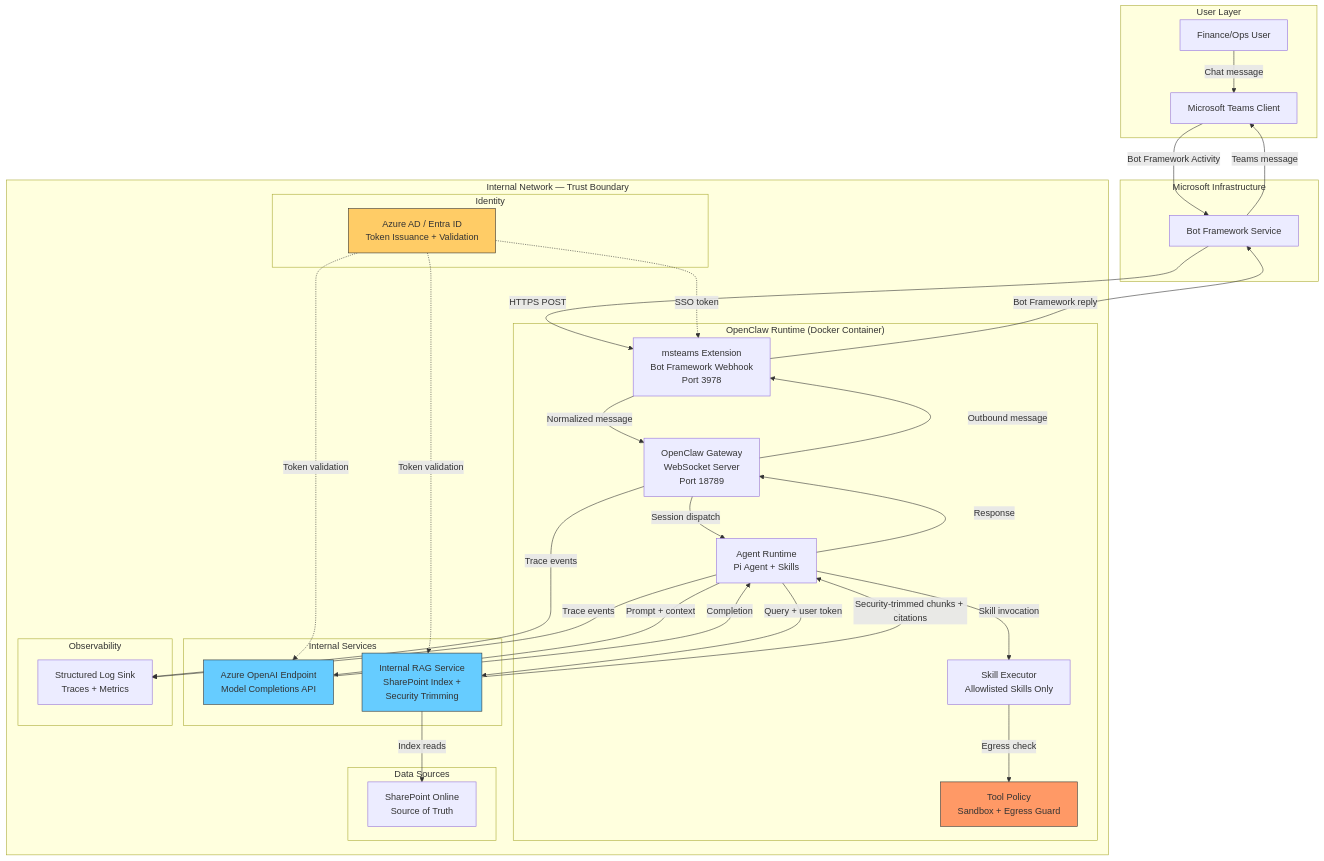
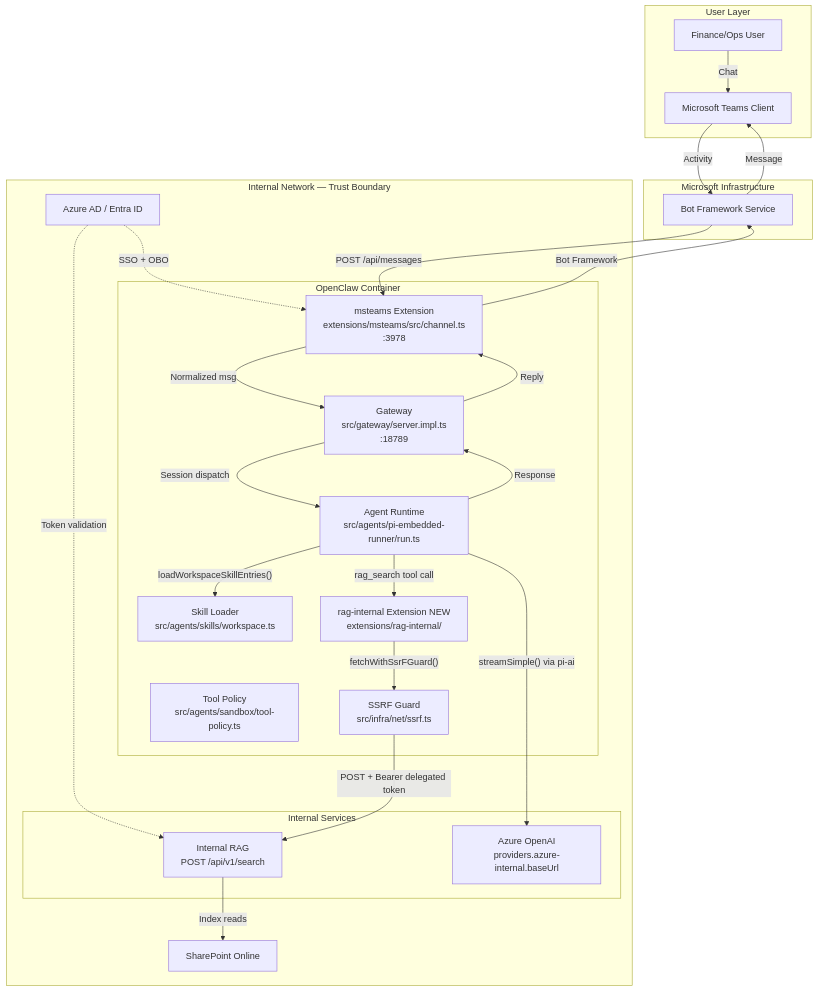
Before and after one commit to jonnytacos8/closed_claw: the diagram in docs/02-architecture.md, drawn with Mermaid. The commit also changed other lines of this file and 12 other files, not shown here.

````diff
--- a/docs/02-architecture.md
+++ b/docs/02-architecture.md
@@ -9,67 +5,46 @@
 ```mermaid
 flowchart TB
     subgraph "User Layer"
         U[Finance/Ops User]
         T[Microsoft Teams Client]
     end
 
     subgraph "Microsoft Infrastructure"
         BF[Bot Framework Service]
     end
 
     subgraph "Internal Network — Trust Boundary"
-        subgraph "OpenClaw Runtime (Docker Container)"
-            GW[OpenClaw Gateway<br/>WebSocket Server<br/>Port 18789]
-            MST[msteams Extension<br/>Bot Framework Webhook<br/>Port 3978]
-            AG[Agent Runtime<br/>Pi Agent + Skills]
-            SK[Skill Executor<br/>Allowlisted Skills Only]
-            TP[Tool Policy<br/>Sandbox + Egress Guard]
+        subgraph "OpenClaw Container"
+            GW["Gateway<br/>src/gateway/server.impl.ts<br/>:18789"]
+            MST["msteams Extension<br/>extensions/msteams/src/channel.ts<br/>:3978"]
+            AG["Agent Runtime<br/>src/agents/pi-embedded-runner/run.ts"]
+            SK["Skill Loader<br/>src/agents/skills/workspace.ts"]
+            TP["Tool Policy<br/>src/agents/sandbox/tool-policy.ts"]
+            SSRF["SSRF Guard<br/>src/infra/net/ssrf.ts"]
+            RAG_EXT["rag-internal Extension NEW<br/>extensions/rag-internal/"]
         end
 
         subgraph "Internal Services"
-            AZ[Azure OpenAI Endpoint<br/>Model Completions API]
-            RAG[Internal RAG Service<br/>SharePoint Index +<br/>Security Trimming]
+            AZ["Azure OpenAI<br/>providers.azure-internal.baseUrl"]
+            RAG["Internal RAG<br/>POST /api/v1/search"]
         end
 
-        subgraph "Data Sources"
-            SP[SharePoint Online<br/>Source of Truth]
-        end
-
-        subgraph "Identity"
-            AAD[Azure AD / Entra ID<br/>Token Issuance + Validation]
-        end
-
-        subgraph "Observability"
-            LOG[Structured Log Sink<br/>Traces + Metrics]
-        end
+        SP[SharePoint Online]
+        AAD[Azure AD / Entra ID]
     end
 
-    U -->|Chat message| T
-    T -->|Bot Framework Activity| BF
-    BF -->|HTTPS POST| MST
-    MST -->|Normalized message| GW
+    U -->|Chat| T
+    T -->|Activity| BF
+    BF -->|"POST /api/messages"| MST
+    MST -->|Normalized msg| GW
     GW -->|Session dispatch| AG
-    AG -->|Skill invocation| SK
-    SK -->|Egress check| TP
-    AG -->|Query + user token| RAG
-    RAG -->|Security-trimmed chunks + citations| AG
-    AG -->|Prompt + context| AZ
-    AZ -->|Completion| AG
-    AG -->|Response| GW
-    GW -->|Outbound message| MST
-    MST -->|Bot Framework reply| BF
-    BF -->|Teams message| T
-
+    AG -->|"loadWorkspaceSkillEntries()"| SK
+    AG -->|"rag_search tool call"| RAG_EXT
+    RAG_EXT -->|"fetchWithSsrFGuard()"| SSRF
+    SSRF -->|"POST + Bearer delegated token"| RAG
+    AG -->|"streamSimple() via pi-ai"| AZ
     RAG -->|Index reads| SP
     AAD -.->|Token validation| RAG
-    AAD -.->|Token validation| AZ
-    AAD -.->|SSO token| MST
-
-    GW -->|Trace events| LOG
-    AG -->|Trace events| LOG
-
-    style TP fill:#f96,stroke:#333
-    style RAG fill:#6cf,stroke:#333
-    style AZ fill:#6cf,stroke:#333
-    style AAD fill:#fc6,stroke:#333
+    AAD -.->|SSO + OBO| MST
+    AG -->|Response| GW -->|Reply| MST -->|Bot Framework| BF -->|Message| T
 ```
````
